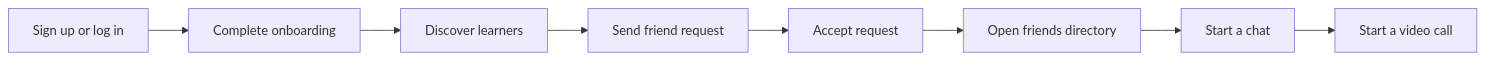
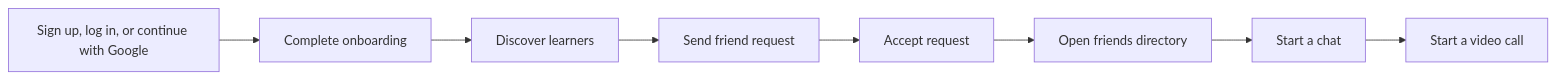
The diagram in README.md (iiTzEric/Lingofy), drawn with Mermaid before and after one commit. The commit also changed other lines of this file and 2 other files, not shown here.

Commit message:
docs(readme): add Google sign-in, security notes, and screenshots

````diff
--- a/README.md
+++ b/README.md
@@ -133,10 +152,10 @@
 ```mermaid
 flowchart LR
-	A[Sign up or log in] --> B[Complete onboarding]
+	A[Sign up, log in, or continue with Google] --> B[Complete onboarding]
 	B --> C[Discover learners]
 	C --> D[Send friend request]
 	D --> E[Accept request]
 	E --> F[Open friends directory]
 	F --> G[Start a chat]
 	G --> H[Start a video call]
 ```
````
